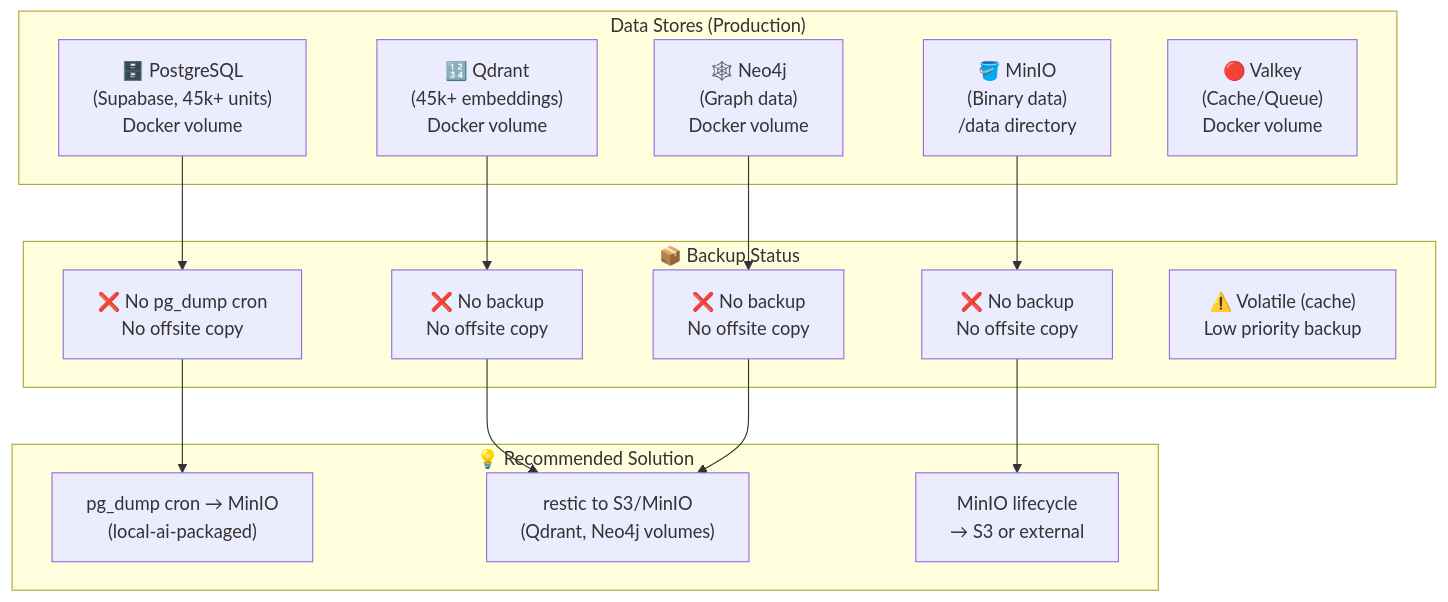
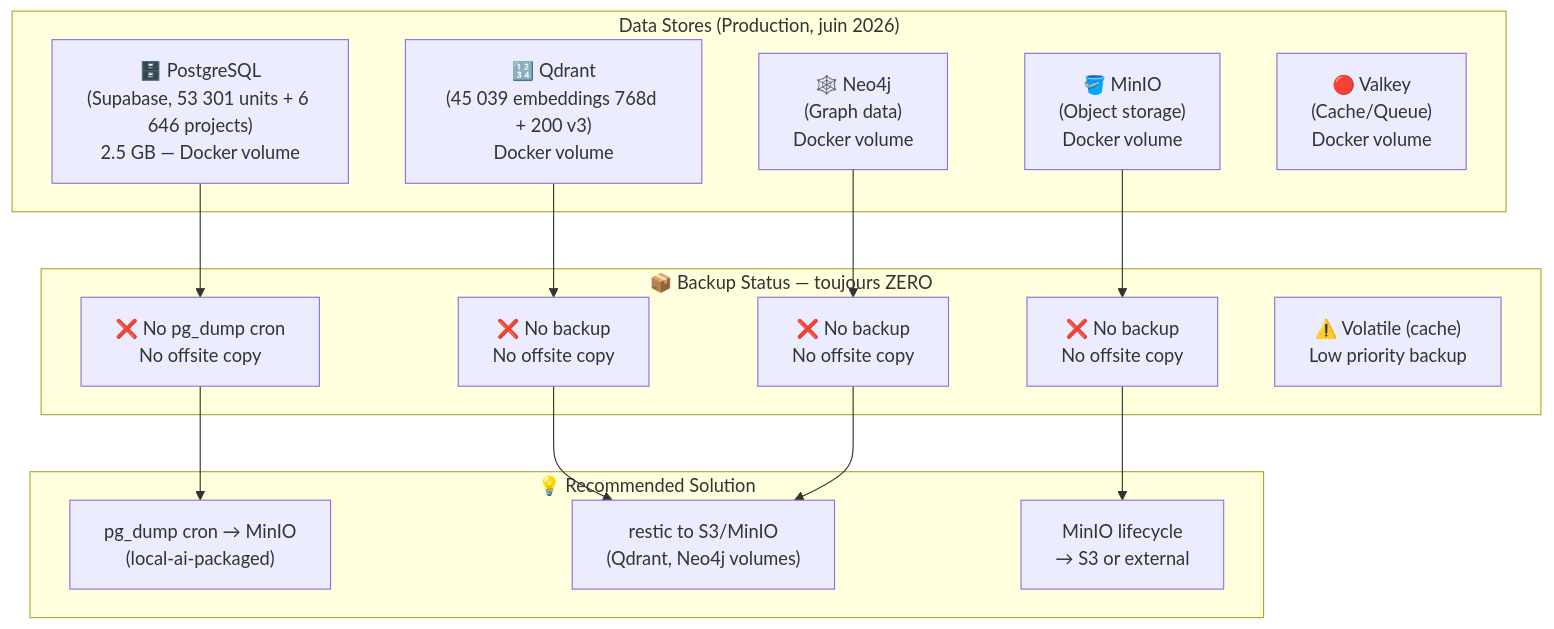
The seventh of 7 diagrams in 10_Infrastructure/VPS_Hostinger/VPS_ARCHITECTURE_DIAGRAM.md (jeanhackpy/local-ai-packaged), drawn with Mermaid before and after one commit. The commit also changed other lines of this file and 4467 other files, not shown here.

````diff
--- a/10_Infrastructure/VPS_Hostinger/VPS_ARCHITECTURE_DIAGRAM.md
+++ b/10_Infrastructure/VPS_Hostinger/VPS_ARCHITECTURE_DIAGRAM.md
@@ -264,34 +268,34 @@
 ```mermaid
 flowchart TB
-    subgraph DATASTORES["Data Stores (Production)"]
-        PG["🗄️ PostgreSQL<br/>(Supabase, 45k+ units)<br/>Docker volume"]
-        QDRANT_VOL["🔢 Qdrant<br/>(45k+ embeddings)<br/>Docker volume"]
+    subgraph DATASTORES["Data Stores (Production, juin 2026)"]
+        PG["🗄️ PostgreSQL<br/>(Supabase, 53 301 units + 6 646 projects)<br/>2.5 GB — Docker volume"]
+        QDRANT_VOL["🔢 Qdrant<br/>(45 039 embeddings 768d + 200 v3)<br/>Docker volume"]
         NEO4J_VOL["🕸️ Neo4j<br/>(Graph data)<br/>Docker volume"]
-        MINIO_VOL["🪣 MinIO<br/>(Binary data)<br/>/data directory"]
+        MINIO_VOL["🪣 MinIO<br/>(Object storage)<br/>Docker volume"]
         VALKEY_VOL["🔴 Valkey<br/>(Cache/Queue)<br/>Docker volume"]
     end
 
-    subgraph BACKUP_STATUS["📦 Backup Status"]
+    subgraph BACKUP_STATUS["📦 Backup Status — toujours ZERO"]
         PG_NOBACKUP["❌ No pg_dump cron<br/>No offsite copy"]
         QDRANT_NOBACKUP["❌ No backup<br/>No offsite copy"]
         NEO4J_NOBACKUP["❌ No backup<br/>No offsite copy"]
         MINIO_NOBACKUP["❌ No backup<br/>No offsite copy"]
         VALKEY_NOBACKUP["⚠️ Volatile (cache)<br/>Low priority backup"]
     end
 
     subgraph RECOMMENDED["💡 Recommended Solution"]
         REC_PGDUMP["pg_dump cron → MinIO<br/>(local-ai-packaged)"]
         REC_RESTIC["restic to S3/MinIO<br/>(Qdrant, Neo4j volumes)"]
         REC_MINIO_BACKUP["MinIO lifecycle<br/>→ S3 or external"]
     end
 
     PG --> PG_NOBACKUP
     QDRANT_VOL --> QDRANT_NOBACKUP
     NEO4J_VOL --> NEO4J_NOBACKUP
     MINIO_VOL --> MINIO_NOBACKUP
 
     PG_NOBACKUP --> REC_PGDUMP
     QDRANT_NOBACKUP --> REC_RESTIC
     NEO4J_NOBACKUP --> REC_RESTIC
     MINIO_NOBACKUP --> REC_MINIO_BACKUP
 ```
````
